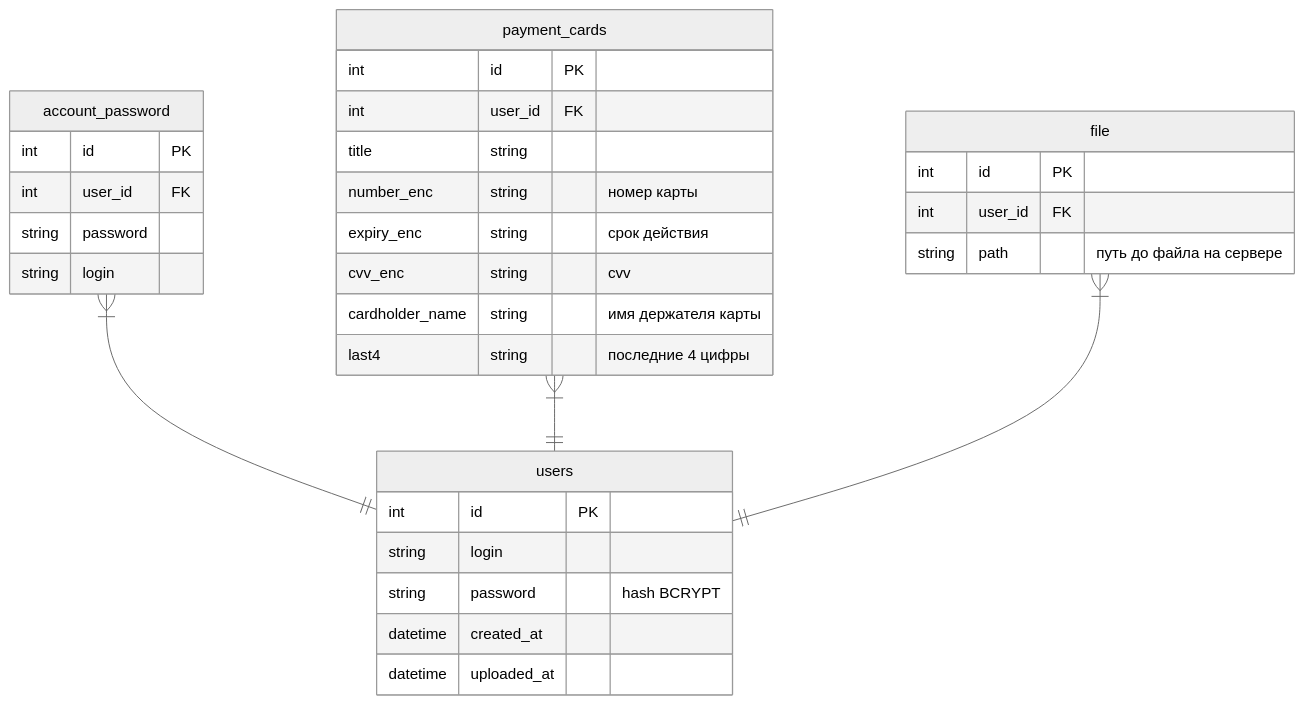
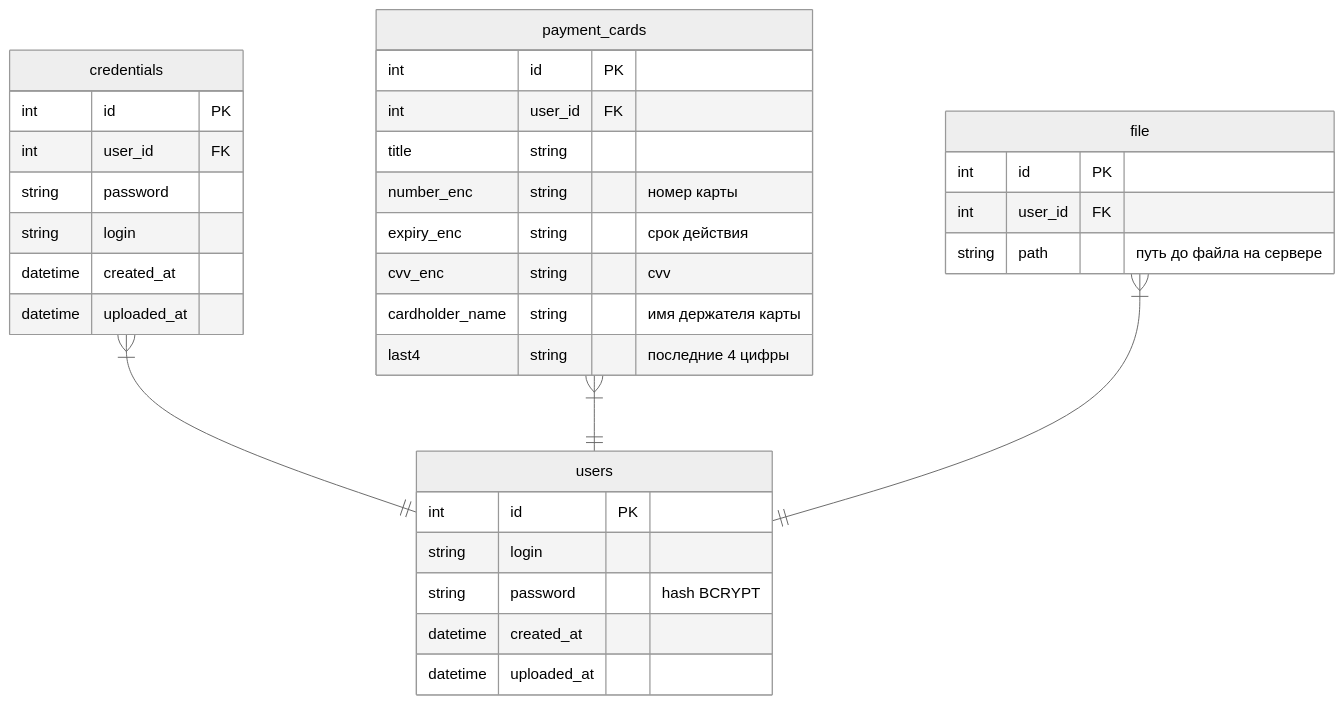
The diagram in doc/dm.md (xboxser/GophKeeper), drawn with Mermaid before and after one commit. The commit also changed 18 other files, not shown here.

````diff
--- a/doc/dm.md
+++ b/doc/dm.md
@@ -3,41 +3,42 @@
 ```mermaid
 ---
 config:
   theme: neutral
 ---
 erDiagram
 	direction TB
-	account_password {
+	credentials {
 		int id PK ""  
-                int user_id FK ""  
+        int user_id FK ""  
 		string password  ""  
         string login  ""  
-
+		datetime created_at  ""  
+		datetime uploaded_at  ""  
 	}
 	users {
 		int id PK ""  
 		string login  ""  
 		string password  "hash BCRYPT"  
 		datetime created_at  ""  
 		datetime uploaded_at  ""  
 	}
     payment_cards {
         int id PK ""  
         int user_id FK ""  
         title string  ""
         number_enc string  "номер карты"  
         expiry_enc string  "срок действия"
         cvv_enc string  "cvv"
         cardholder_name string  "имя держателя карты"
         last4 string  "последние 4 цифры"
     }
     file {
         int id PK ""
         int user_id FK ""
         string path "путь до файла на сервере"
     }
-	account_password}|--||users:"  "
+	credentials}|--||users:"  "
     payment_cards}|--||users:"  "
     file}|--||users:"  "
 
 ```
````
